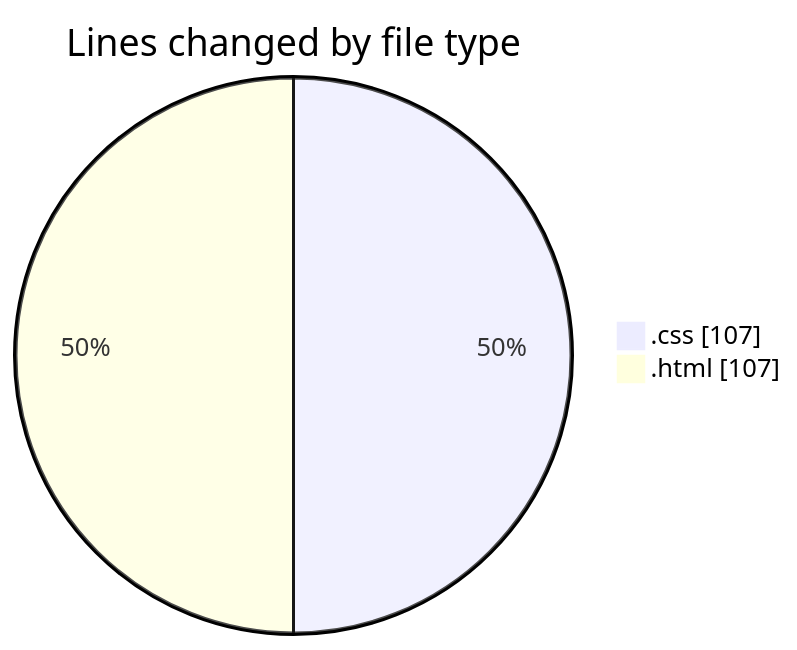
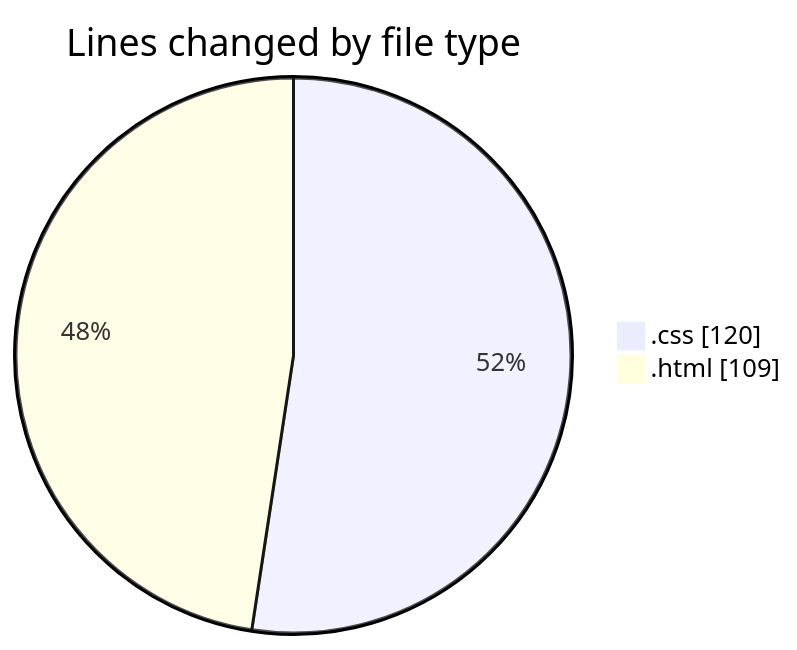
Before and after one commit to NitaiMahat/code-tracking: the first of 2 diagrams in 2025-02-07/recipe-page-main/README.md, drawn with Mermaid. The commit also changed other lines of this file and 1 other file, not shown here.

````diff
--- a/2025-02-07/recipe-page-main/README.md
+++ b/2025-02-07/recipe-page-main/README.md
@@ -21,6 +21,6 @@
 ```mermaid
 pie showData
 title Lines changed by file type
-".css" : 107
-".html" : 107
+".css" : 120
+".html" : 109
 ```
````
